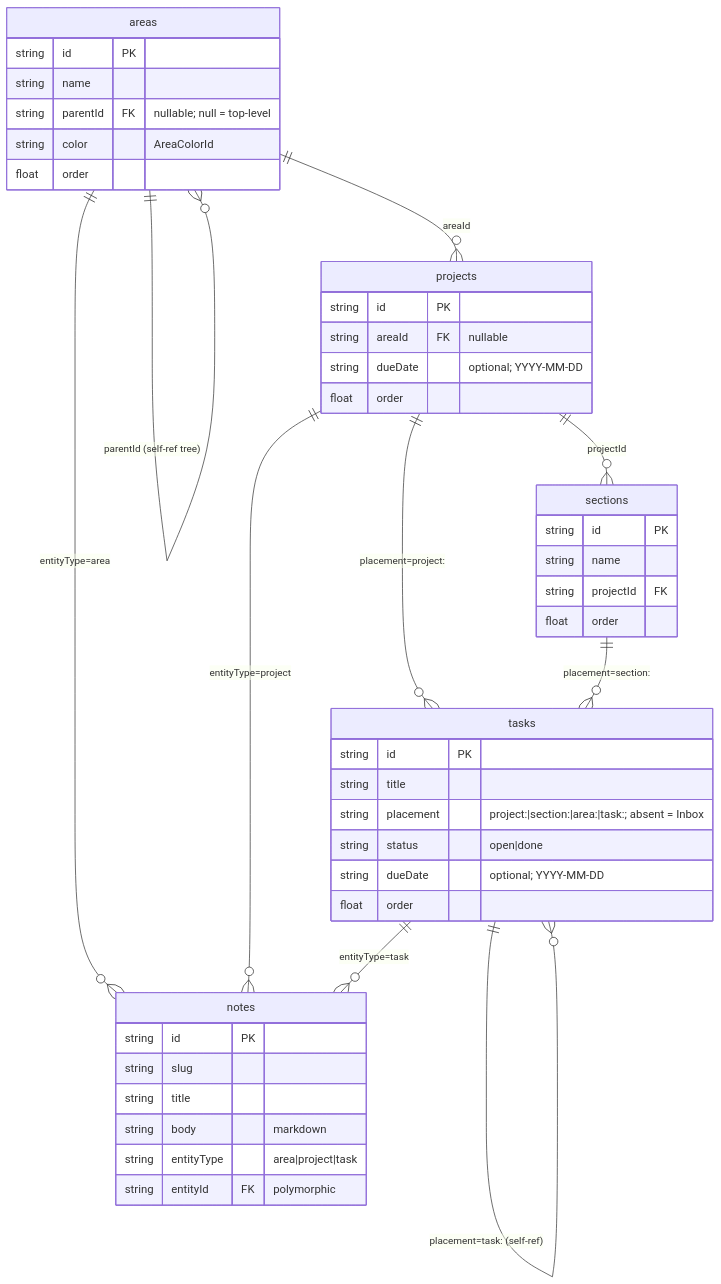
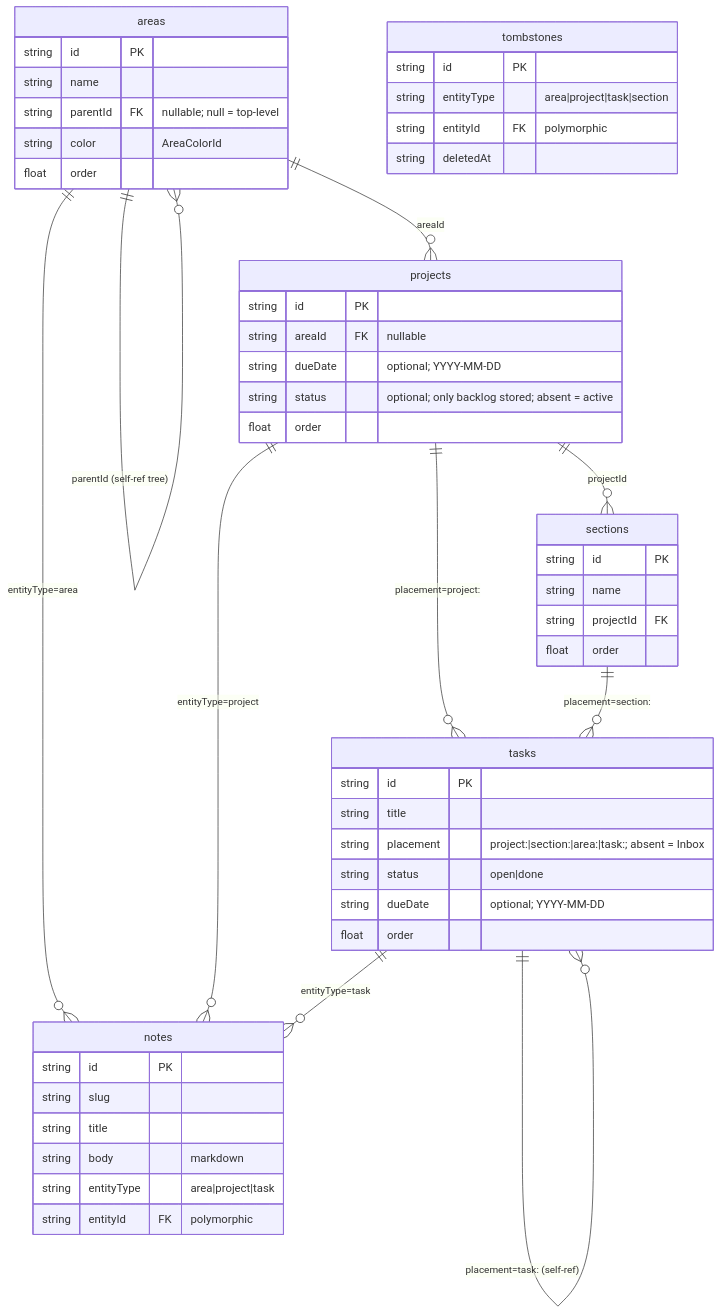
Before and after one commit to nibblebot/localaction: the second of 3 diagrams in docs/architecture.md, drawn with Mermaid. The commit also changed other lines of this file and 7 other files, not shown here.

First line of the commit message:
docs(docs): synced documentation and schema notes with current behavior

````diff
--- a/docs/architecture.md
+++ b/docs/architecture.md
@@ -82,37 +90,42 @@
 ```mermaid
 erDiagram
   areas ||--o{ areas : "parentId (self-ref tree)"
   areas ||--o{ projects : "areaId"
   areas ||--o{ notes : "entityType=area"
   projects ||--o{ sections : "projectId"
   projects ||--o{ tasks : "placement=project:<id>"
   sections ||--o{ tasks : "placement=section:<id>"
   projects ||--o{ notes : "entityType=project"
   tasks ||--o{ tasks : "placement=task:<id> (self-ref)"
   tasks ||--o{ notes : "entityType=task"
   areas { string id PK }
   areas { string name }
   areas { string parentId FK "nullable; null = top-level" }
   areas { string color "AreaColorId" }
   areas { float order }
   projects { string id PK }
   projects { string areaId FK "nullable" }
   projects { string dueDate "optional; YYYY-MM-DD" }
+  projects { string status "optional; only backlog stored; absent = active" }
   projects { float order }
   sections { string id PK }
   sections { string name }
   sections { string projectId FK }
   sections { float order }
   tasks { string id PK }
   tasks { string title }
   tasks { string placement "project:<id>|section:<id>|area:<id>|task:<id>; absent = Inbox" }
   tasks { string status "open|done" }
   tasks { string dueDate "optional; YYYY-MM-DD" }
   tasks { float order }
   notes { string id PK }
   notes { string slug }
   notes { string title }
   notes { string body "markdown" }
   notes { string entityType "area|project|task" }
   notes { string entityId FK "polymorphic" }
+  tombstones { string id PK }
+  tombstones { string entityType "area|project|task|section" }
+  tombstones { string entityId FK "polymorphic" }
+  tombstones { string deletedAt }
 ```
````
